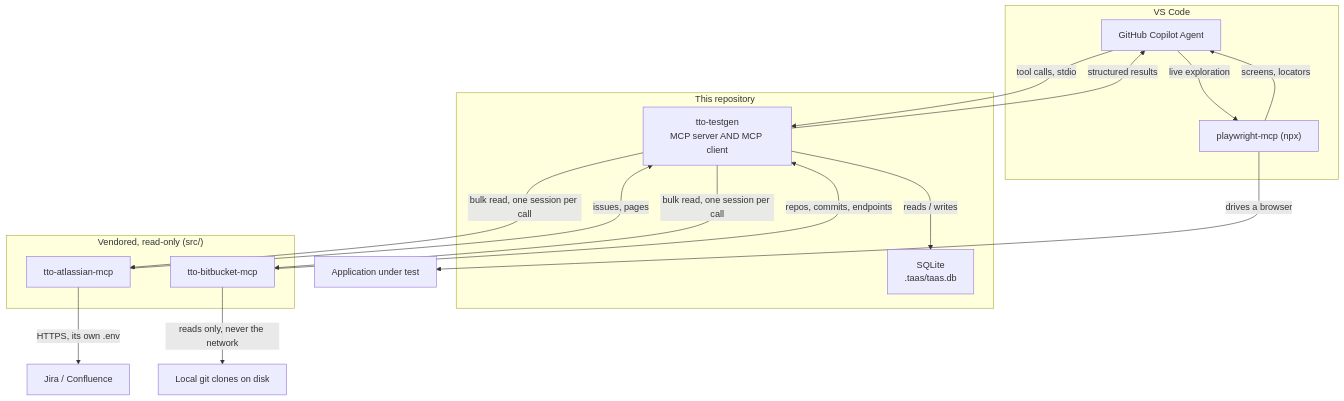
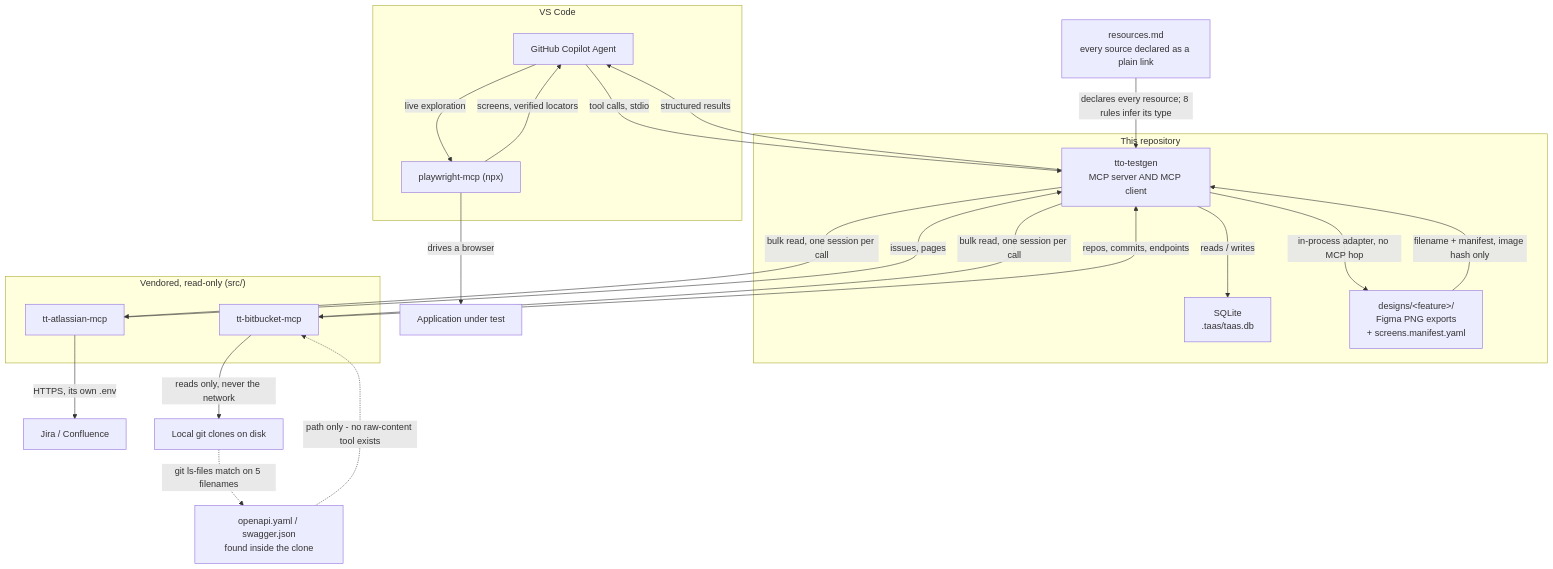
One commit to Nemuranai-ops/TTO-AIHelper changed the first of 2 diagrams in README.md. Above: the diagram before and after it, drawn with Mermaid. The commit also changed other lines of this file and 2 other files, not shown here.

````diff
--- a/README.md
+++ b/README.md
@@ -25,37 +35,47 @@
 ```mermaid
 flowchart TD
     subgraph VSCode["VS Code"]
         Agent["GitHub Copilot Agent"]
         Playwright["playwright-mcp (npx)"]
     end
 
+    Manifest["resources.md<br/>every source declared as a plain link"]
+
     subgraph Repo["This repository"]
         Toolchain["tto-testgen<br/>MCP server AND MCP client"]
         DB["SQLite<br/>.taas/taas.db"]
+        Designs["designs/&lt;feature&gt;/<br/>Figma PNG exports<br/>+ screens.manifest.yaml"]
     end
 
     subgraph Vendored["Vendored, read-only (src/)"]
-        Atlassian["tto-atlassian-mcp"]
-        Bitbucket["tto-bitbucket-mcp"]
+        Atlassian["tt-atlassian-mcp"]
+        Bitbucket["tt-bitbucket-mcp"]
     end
 
     Jira["Jira / Confluence"]
     Git["Local git clones on disk"]
+    Spec["openapi.yaml / swagger.json<br/>found inside the clone"]
     AUT["Application under test"]
 
+    Manifest -->|"declares every resource; 8 rules infer its type"| Toolchain
     Agent -->|"tool calls, stdio"| Toolchain
     Toolchain -->|"structured results"| Agent
     Toolchain -->|"reads / writes"| DB
 
     Toolchain -->|"bulk read, one session per call"| Atlassian
     Atlassian -->|"issues, pages"| Toolchain
     Atlassian -->|"HTTPS, its own .env"| Jira
 
     Toolchain -->|"bulk read, one session per call"| Bitbucket
     Bitbucket -->|"repos, commits, endpoints"| Toolchain
     Bitbucket -->|"reads only, never the network"| Git
+    Git -.->|"git ls-files match on 5 filenames"| Spec
+    Spec -.->|"path only - no raw-content tool exists"| Bitbucket
+
+    Toolchain -->|"in-process adapter, no MCP hop"| Designs
+    Designs -->|"filename + manifest, image hash only"| Toolchain
 
     Agent -->|"live exploration"| Playwright
-    Playwright -->|"screens, locators"| Agent
+    Playwright -->|"screens, verified locators"| Agent
     Playwright -->|"drives a browser"| AUT
 ```
````
